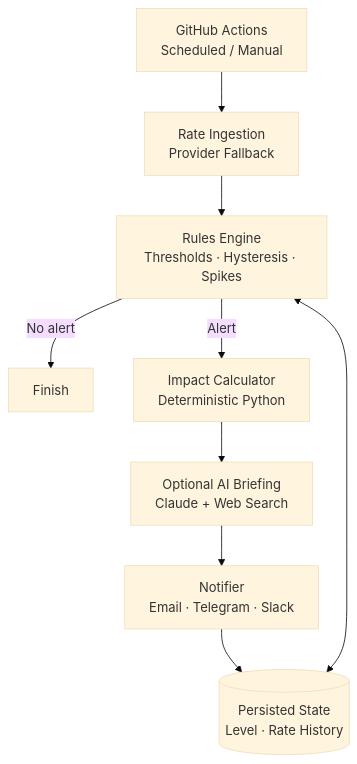
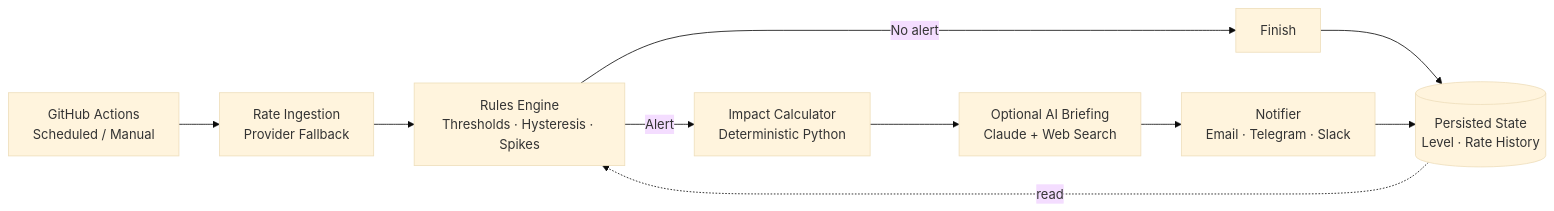
Before and after one commit to leia04/fx-alert: the diagram in README.md, drawn with Mermaid (base theme).

Commit message:
Update flowchart direction in README.md

````diff
--- a/README.md
+++ b/README.md
@@ -17,11 +17,14 @@
 ```mermaid
-flowchart TD
+flowchart LR
     A["GitHub Actions<br/>Scheduled / Manual"] --> B["Rate Ingestion<br/>Provider Fallback"]
     B --> C["Rules Engine<br/>Thresholds · Hysteresis · Spikes"]
-    S[("Persisted State<br/>Level · Rate History")] <--> C
-    C -->|No alert| X["Finish"]
-    C -->|Alert| D["Impact Calculator<br/>Deterministic Python"]
+    C -- No alert --> F["Finish"]
+    C -- Alert --> D["Impact Calculator<br/>Deterministic Python"]
     D --> E["Optional AI Briefing<br/>Claude + Web Search"]
-    E --> F["Notifier<br/>Email · Telegram · Slack"]
+    E --> N["Notifier<br/>Email · Telegram · Slack"]
+
+    S[("Persisted State<br/>Level · Rate History")]
+    S -. read .-> C
     F --> S
+    N --> S
 ```
````
